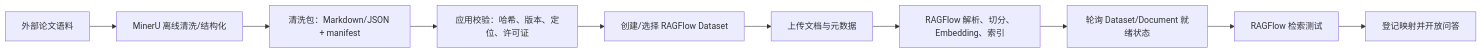
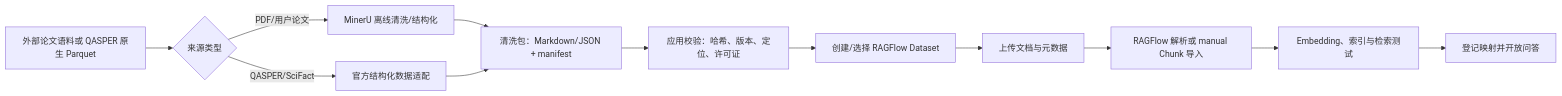
Before and after one commit to szy2334/ragflow-course-project: the fourth of 11 diagrams in 科研论文智能阅读系统_完整项目设计文档.md, drawn with Mermaid. The commit also changed other lines of this file, not shown here.

```diff
--- a/科研论文智能阅读系统_完整项目设计文档.md
+++ b/科研论文智能阅读系统_完整项目设计文档.md
@@ -642,12 +646,14 @@
 ~~~mermaid
 flowchart LR
-    A["外部论文语料"] --> B["MinerU 离线清洗/结构化"]
-    B --> C["清洗包：Markdown/JSON + manifest"]
-    C --> D["应用校验：哈希、版本、定位、许可证"]
-    D --> E["创建/选择 RAGFlow Dataset"]
-    E --> F["上传文档与元数据"]
-    F --> G["RAGFlow 解析、切分、Embedding、索引"]
-    G --> H["轮询 Dataset/Document 就绪状态"]
-    H --> I["RAGFlow 检索测试"]
-    I --> J["登记映射并开放问答"]
+    A["外部论文语料或 QASPER 原生 Parquet"] --> B{"来源类型"}
+    B -->|PDF/用户论文| C["MinerU 离线清洗/结构化"]
+    B -->|QASPER/SciFact| D["官方结构化数据适配"]
+    C --> E["清洗包：Markdown/JSON + manifest"]
+    D --> E
+    E --> F["应用校验：哈希、版本、定位、许可证"]
+    F --> G["创建/选择 RAGFlow Dataset"]
+    G --> H["上传文档与元数据"]
+    H --> I["RAGFlow 解析或 manual Chunk 导入"]
+    I --> J["Embedding、索引与检索测试"]
+    J --> K["登记映射并开放问答"]
 ~~~
```
